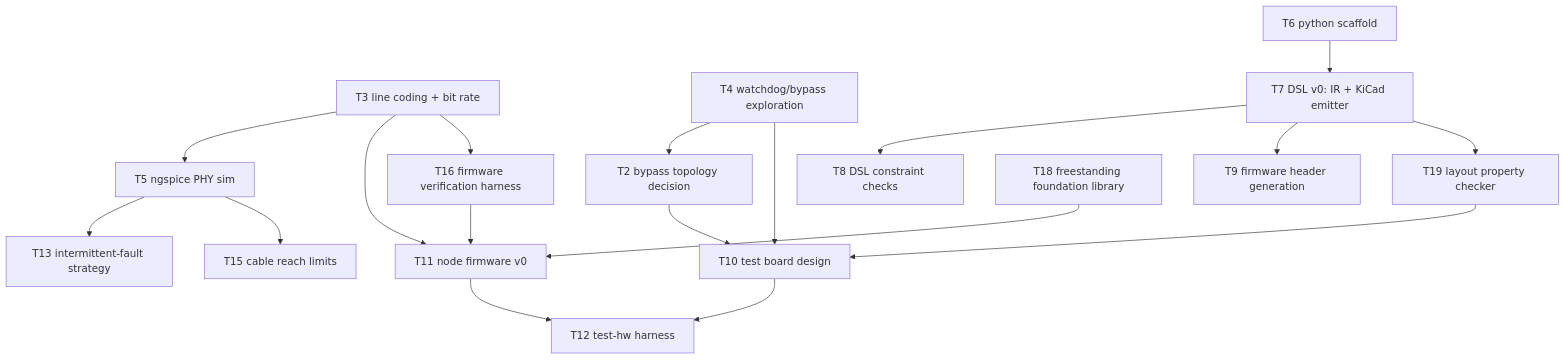
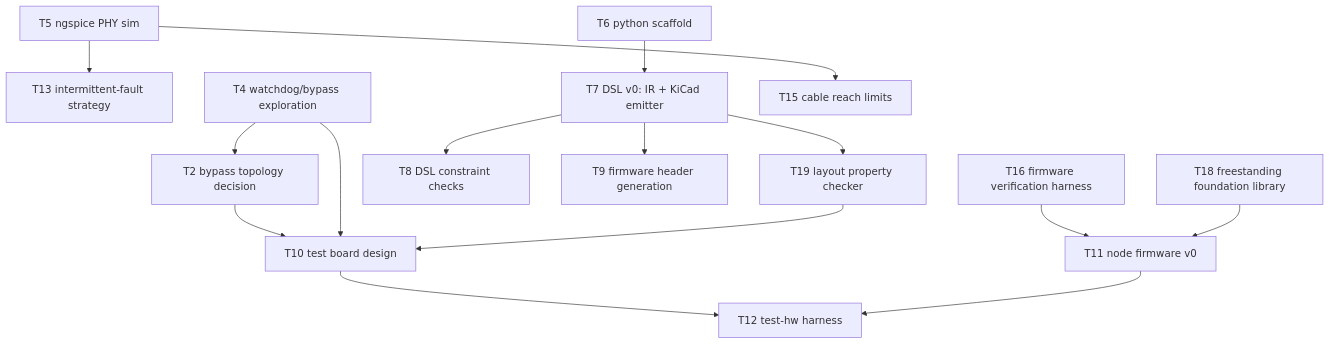
The diagram in KANBAN.md (kristofferkoch/oparroy), drawn with Mermaid before and after one commit. The commit also changed other lines of this file and 3 other files, not shown here.

````diff
--- a/KANBAN.md
+++ b/KANBAN.md
@@ -34,20 +34,17 @@
 ```mermaid
 graph TD
-    T3[T3 line coding + bit rate] --> T5[T5 ngspice PHY sim]
-    T3 --> T11[T11 node firmware v0]
-    T5 --> T13[T13 intermittent-fault strategy]
+    T5[T5 ngspice PHY sim] --> T13[T13 intermittent-fault strategy]
     T4[T4 watchdog/bypass exploration] --> T2[T2 bypass topology decision]
     T2 --> T10[T10 test board design]
     T4 --> T10
     T19 --> T10
     T6[T6 python scaffold] --> T7[T7 DSL v0: IR + KiCad emitter]
     T7 --> T8[T8 DSL constraint checks]
     T7 --> T9[T9 firmware header generation]
     T7 --> T19[T19 layout property checker]
     T10 --> T12[T12 test-hw harness]
     T11 --> T12
     T5 --> T15[T15 cable reach limits]
-    T3 --> T16[T16 firmware verification harness]
-    T16 --> T11
+    T16[T16 firmware verification harness] --> T11[T11 node firmware v0]
     T18[T18 freestanding foundation library] --> T11
 ```
````
